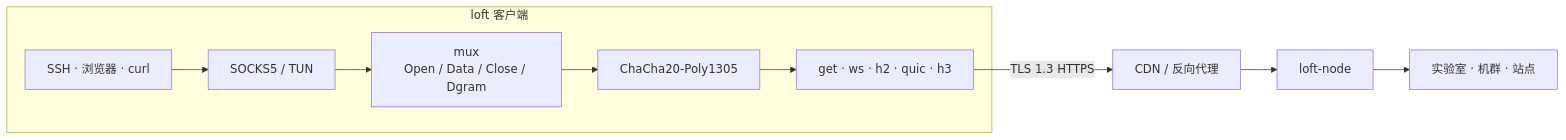
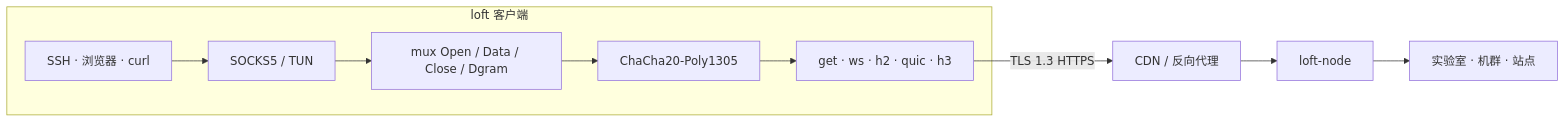
Before and after one commit to a3app/loft: the diagram in README_zh.md, drawn with Mermaid. The commit also changed 5 other files, not shown here.

First line of the commit message:
docs: mermaid labels without HTML so GitHub can render

````diff
--- a/README_zh.md
+++ b/README_zh.md
@@ -60,11 +60,12 @@
 ```mermaid
 flowchart LR
     subgraph Client["loft 客户端"]
         App["SSH · 浏览器 · curl"] --> In["SOCKS5 / TUN"]
-        In --> Mux["mux<br/>Open / Data / Close / Dgram"]
+        In --> Mux["mux Open / Data / Close / Dgram"]
         Mux --> Seal["ChaCha20-Poly1305"]
         Seal --> Front["get · ws · h2 · quic · h3"]
     end
-    Front -- "TLS 1.3 HTTPS" --> Edge["CDN / 反向代理"] --> Node["loft-node"]
+    Front -->|"TLS 1.3 HTTPS"| Edge["CDN / 反向代理"]
+    Edge --> Node["loft-node"]
     Node --> Dest["实验室 · 机群 · 站点"]
 ```
````
